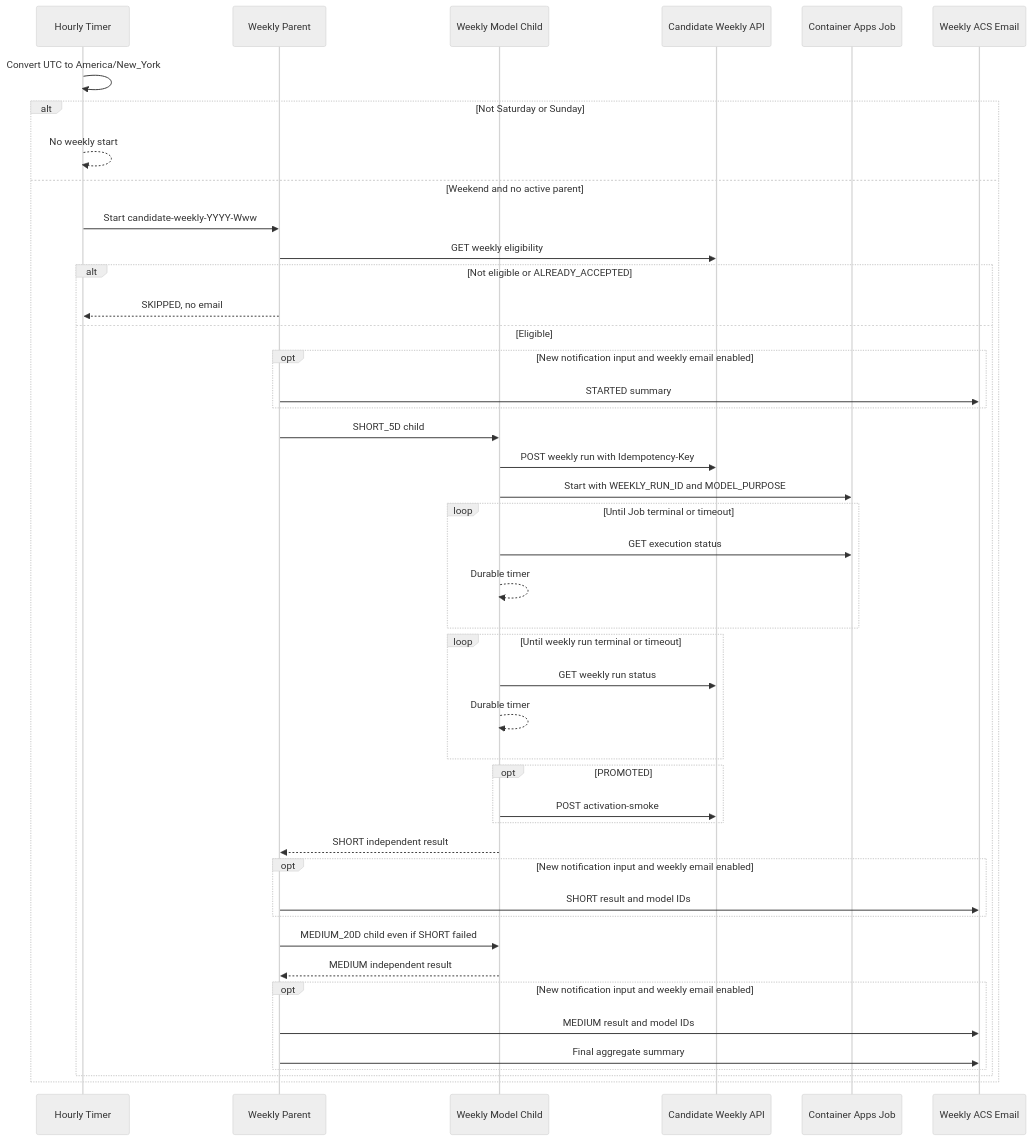
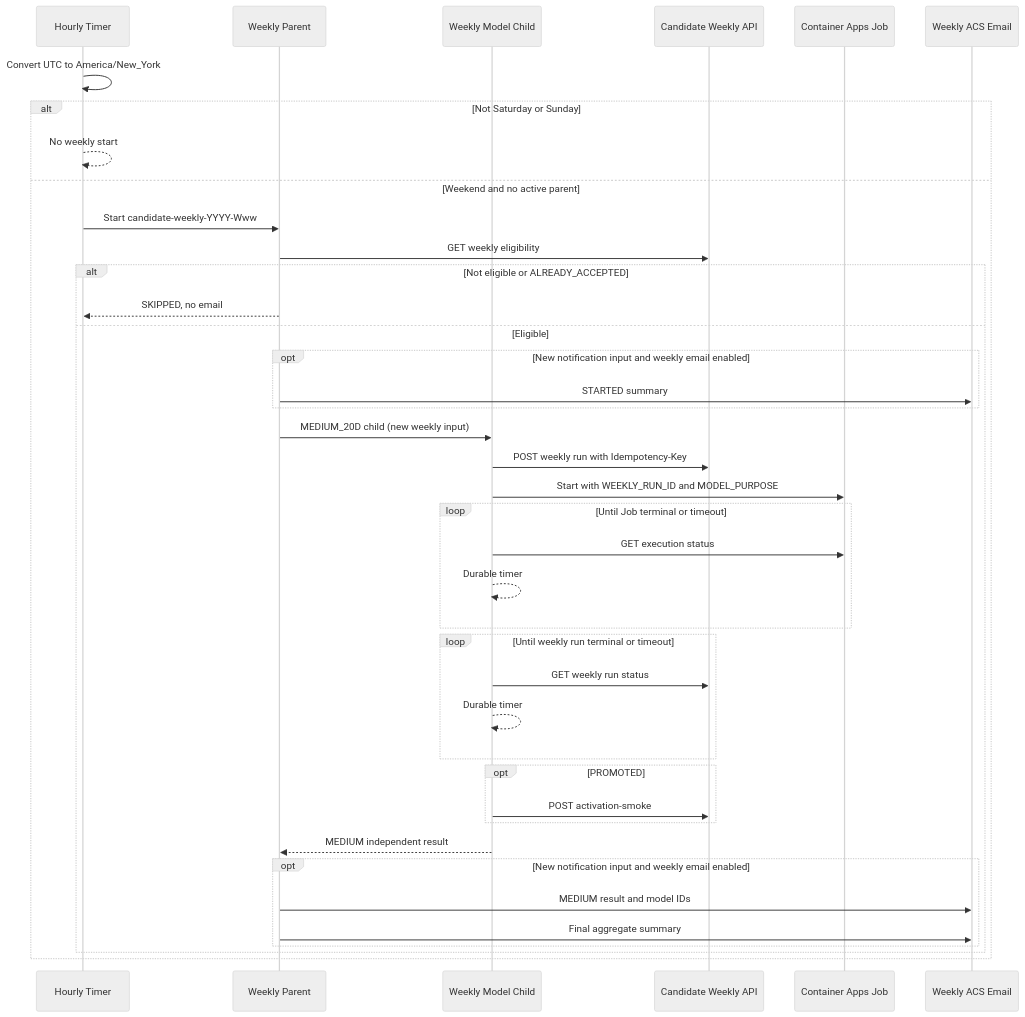
One commit to brjeong-private/sp500-candidate-engine changed the second of 4 diagrams in .github/modernize/assessment/engines/facts/orchestrator-architecture.md. Above: the diagram before and after it, drawn with Mermaid (neutral theme). The commit also changed other lines of this file and 20 other files, not shown here.

First line of the commit message:
Reconcile model and LLM architecture with verified production baseline

````diff
--- a/.github/modernize/assessment/engines/facts/orchestrator-architecture.md
+++ b/.github/modernize/assessment/engines/facts/orchestrator-architecture.md
@@ -92,48 +95,43 @@
 ```mermaid
 sequenceDiagram
     participant T as Hourly Timer
     participant W as Weekly Parent
     participant M as Weekly Model Child
     participant C as Candidate Weekly API
     participant J as Container Apps Job
     participant A as Weekly ACS Email
 
     T->>T: Convert UTC to America/New_York
     alt Not Saturday or Sunday
         T-->>T: No weekly start
     else Weekend and no active parent
         T->>W: Start candidate-weekly-YYYY-Www
         W->>C: GET weekly eligibility
         alt Not eligible or ALREADY_ACCEPTED
             W-->>T: SKIPPED, no email
         else Eligible
         opt New notification input and weekly email enabled
             W->>A: STARTED summary
         end
-        W->>M: SHORT_5D child
+        W->>M: MEDIUM_20D child (new weekly input)
         M->>C: POST weekly run with Idempotency-Key
         M->>J: Start with WEEKLY_RUN_ID and MODEL_PURPOSE
         loop Until Job terminal or timeout
             M->>J: GET execution status
             M-->>M: Durable timer
         end
         loop Until weekly run terminal or timeout
             M->>C: GET weekly run status
             M-->>M: Durable timer
         end
         opt PROMOTED
             M->>C: POST activation-smoke
         end
-        M-->>W: SHORT independent result
-        opt New notification input and weekly email enabled
-            W->>A: SHORT result and model IDs
-        end
-        W->>M: MEDIUM_20D child even if SHORT failed
         M-->>W: MEDIUM independent result
         opt New notification input and weekly email enabled
             W->>A: MEDIUM result and model IDs
             W->>A: Final aggregate summary
         end
         end
     end
 ```
````
